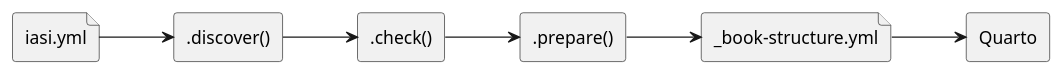
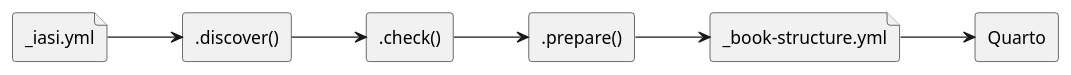
Before and after one commit to iasi-org/iasi-quarto-docs: the diagram in 01-user-guide/chapters/02-fundamentals/03-iasi-yml.qmd, drawn with PlantUML. The commit also changed other lines of this file and 44 other files, not shown here.

````diff
--- a/01-user-guide/chapters/02-fundamentals/03-iasi-yml.qmd
+++ b/01-user-guide/chapters/02-fundamentals/03-iasi-yml.qmd
@@ -464,18 +464,18 @@
 ```{.plantuml}
 @startuml
 left to right direction
 
-file "iasi.yml" as config
+file "_iasi.yml" as config
 rectangle ".discover()" as discover
 rectangle ".check()" as check
 rectangle ".prepare()" as prepare
 file "_book-structure.yml" as structure
 rectangle "Quarto" as quarto
 
 config --> discover
 discover --> check
 check --> prepare
 prepare --> structure
 structure --> quarto
 @enduml
 ```
````
